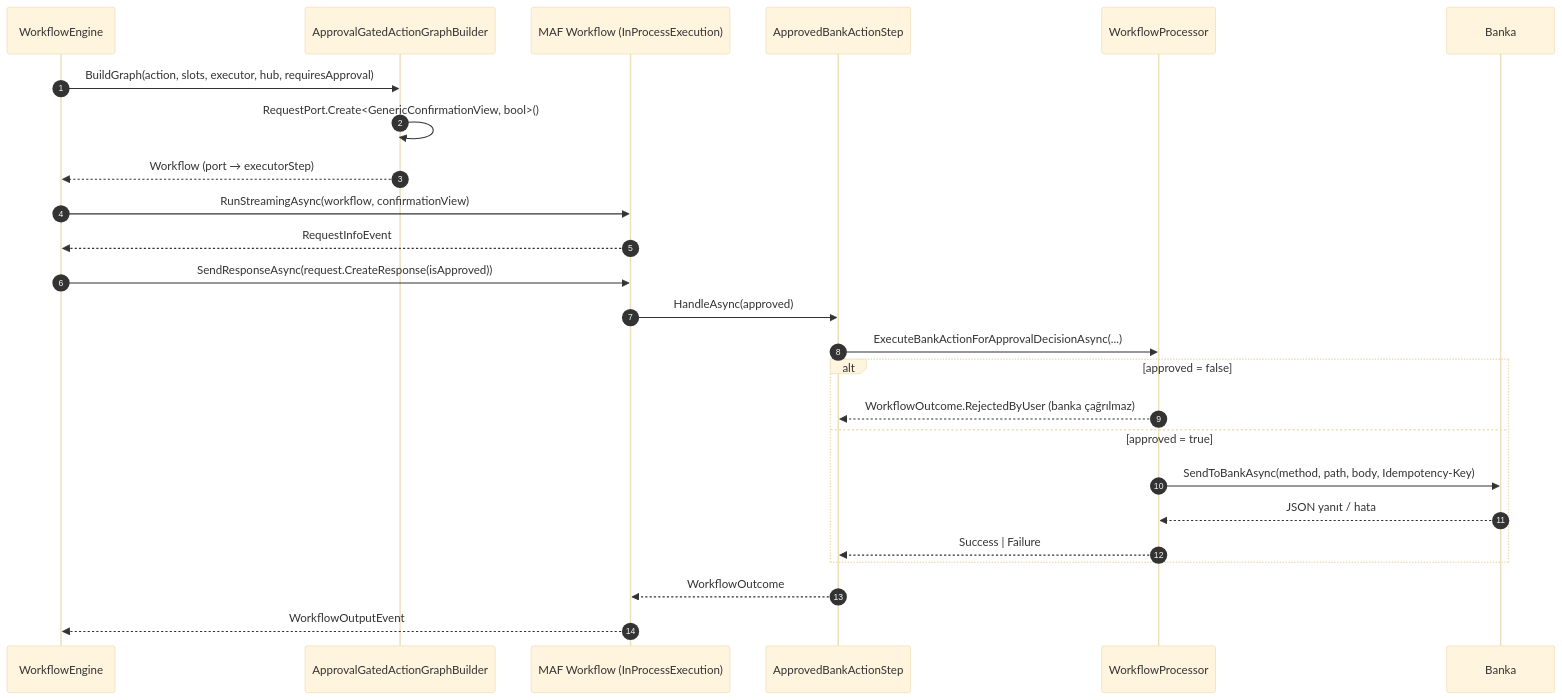
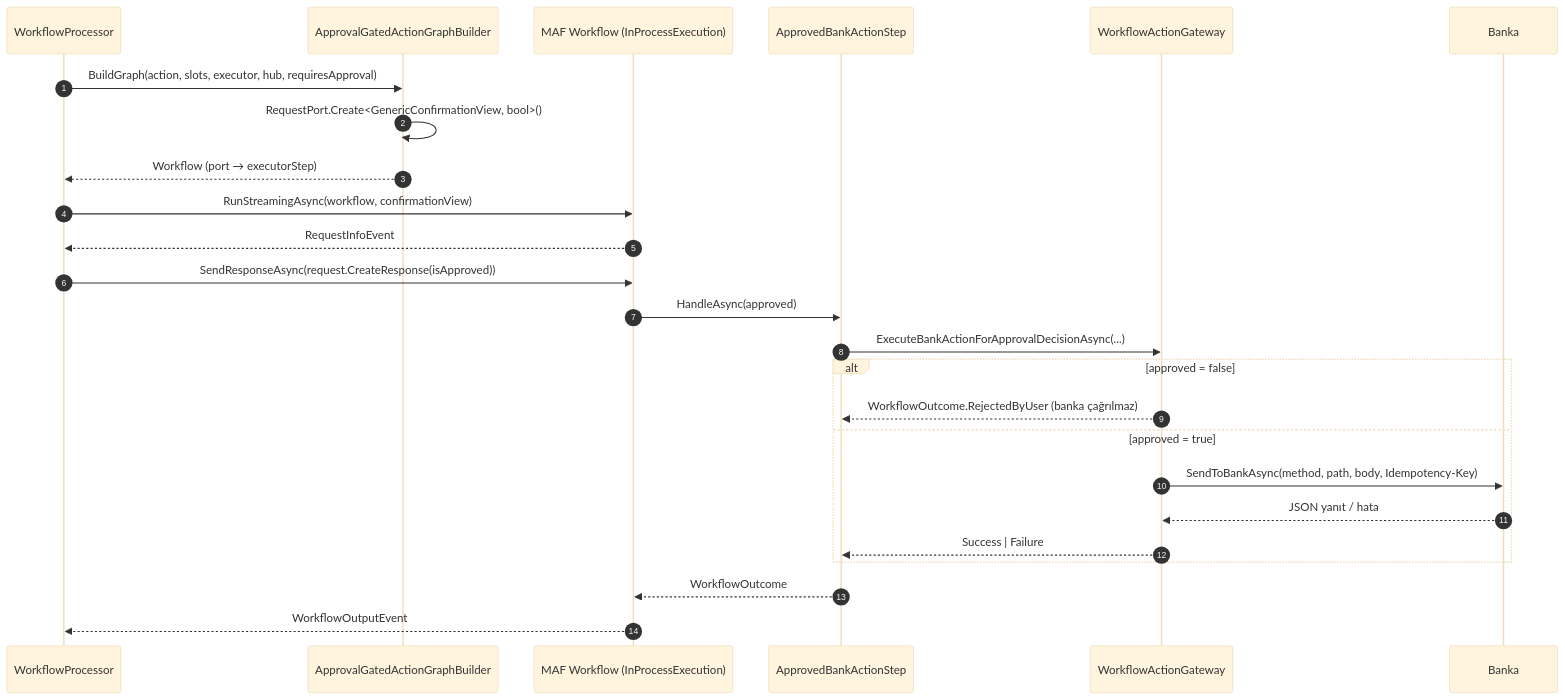
One commit to Boran-Sert/Bank-_Agentic changed the eighth of 9 diagrams in ANALIZ.md. Above: the diagram before and after it, drawn with Mermaid (base theme). The commit also changed other lines of this file, not shown here.

````diff
--- a/ANALIZ.md
+++ b/ANALIZ.md
@@ -662,28 +662,28 @@
 ```mermaid
 sequenceDiagram
     autonumber
-    participant E as WorkflowEngine
+    participant E as WorkflowProcessor
     participant B as ApprovalGatedActionGraphBuilder
     participant W as MAF Workflow (InProcessExecution)
     participant X as ApprovedBankActionStep
-    participant K as WorkflowProcessor
+    participant K as WorkflowActionGateway
     participant BA as Banka
 
     E->>B: BuildGraph(action, slots, executor, hub, requiresApproval)
     B->>B: RequestPort.Create<GenericConfirmationView, bool>()
     B-->>E: Workflow (port → executorStep)
     E->>W: RunStreamingAsync(workflow, confirmationView)
     W-->>E: RequestInfoEvent
     E->>W: SendResponseAsync(request.CreateResponse(isApproved))
     W->>X: HandleAsync(approved)
     X->>K: ExecuteBankActionForApprovalDecisionAsync(...)
     alt approved = false
         K-->>X: WorkflowOutcome.RejectedByUser (banka çağrılmaz)
     else approved = true
         K->>BA: SendToBankAsync(method, path, body, Idempotency-Key)
         BA-->>K: JSON yanıt / hata
         K-->>X: Success | Failure
     end
     X-->>W: WorkflowOutcome
     W-->>E: WorkflowOutputEvent
 ```
````
